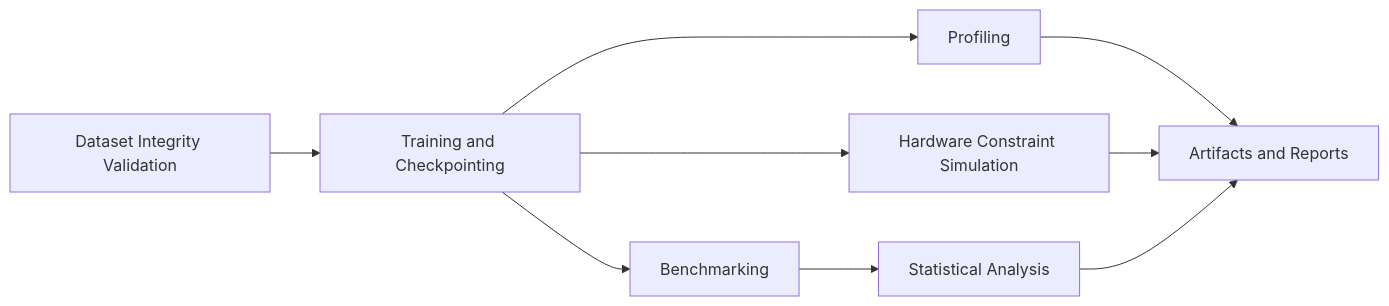
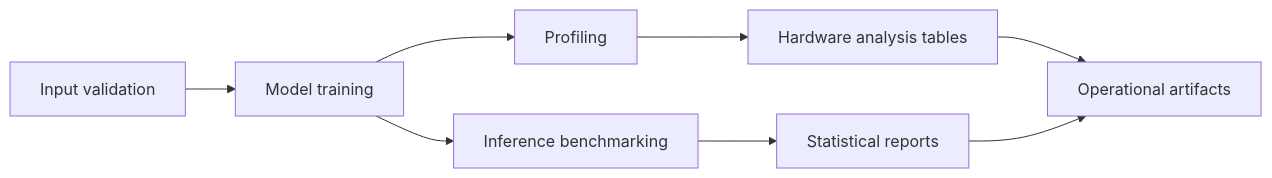
One commit to RaviTejaMedarametla/neural-network-from-scratch changed the diagram in README.md. Above: the diagram before and after it, drawn with Mermaid. The commit also changed other lines of this file and 35 other files, not shown here.

````diff
--- a/README.md
+++ b/README.md
@@ -16,11 +15,10 @@
 ```mermaid
 flowchart LR
-  A[Dataset Integrity Validation] --> B[Training and Checkpointing]
-  B --> C[Benchmarking]
+  A[Input validation] --> B[Model training]
+  B --> C[Inference benchmarking]
   B --> D[Profiling]
-  B --> E[Hardware Constraint Simulation]
-  C --> F[Statistical Analysis]
-  D --> G[Artifacts and Reports]
-  E --> G
+  D --> E[Hardware analysis tables]
+  C --> F[Statistical reports]
+  E --> G[Operational artifacts]
   F --> G
 ```
````
